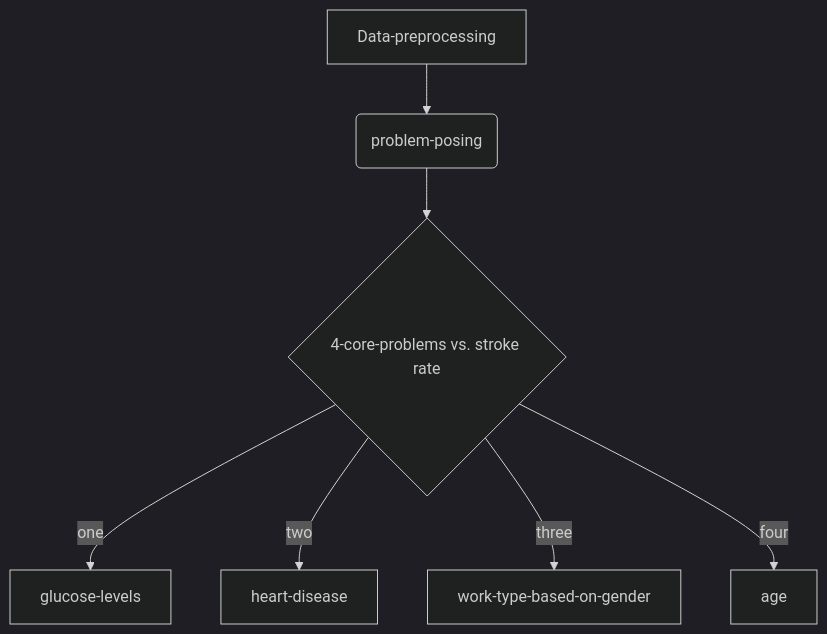
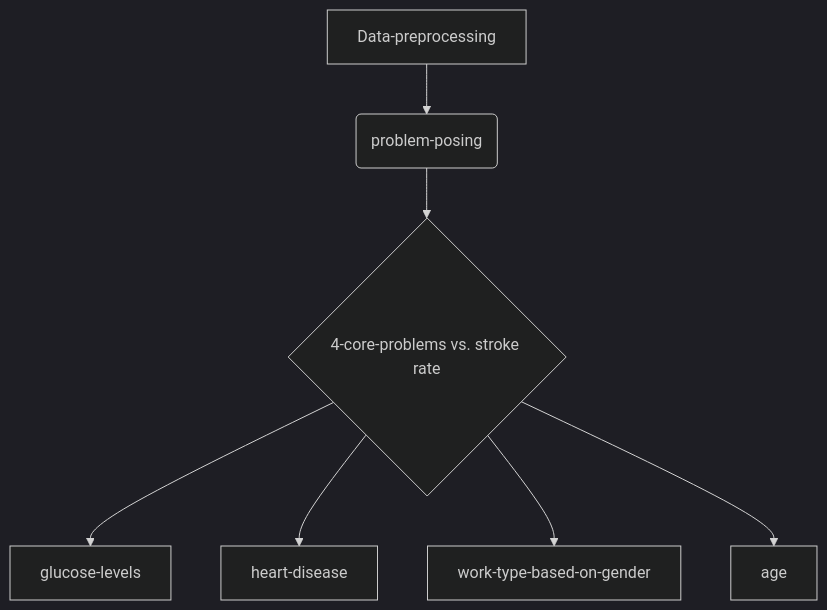
The diagram in README.md (Janin-W/team-5), drawn with Mermaid (dark theme) before and after one commit.

````diff
--- a/README.md
+++ b/README.md
@@ -14,9 +14,9 @@
 ```mermaid
 flowchart TD;
     A[Data-preprocessing] --> B(problem-posing);
     B --> C{4-core-problems vs. stroke rate};
-    C -->|one| D[glucose-levels];
-    C -->|two| E[heart-disease];
-    C -->|three| F[work-type-based-on-gender];
-    C -->|four| G[age];
+    C --> D[glucose-levels];
+    C --> E[heart-disease];
+    C --> F[work-type-based-on-gender];
+    C --> G[age];
 ```
````
